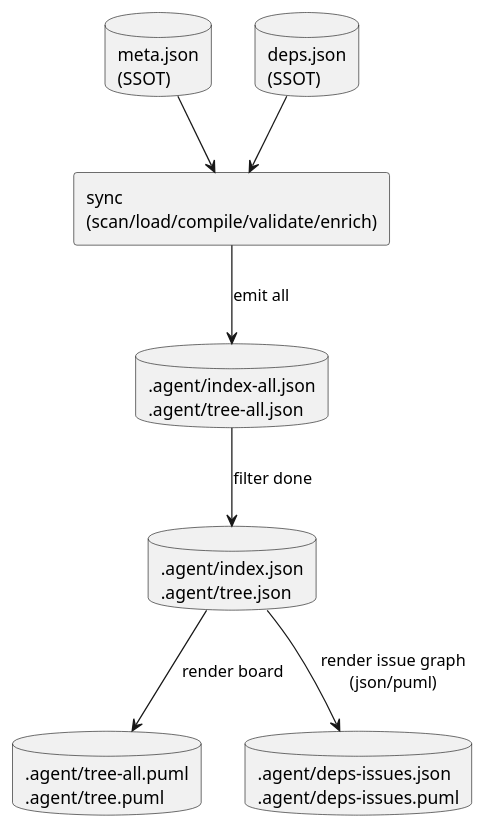
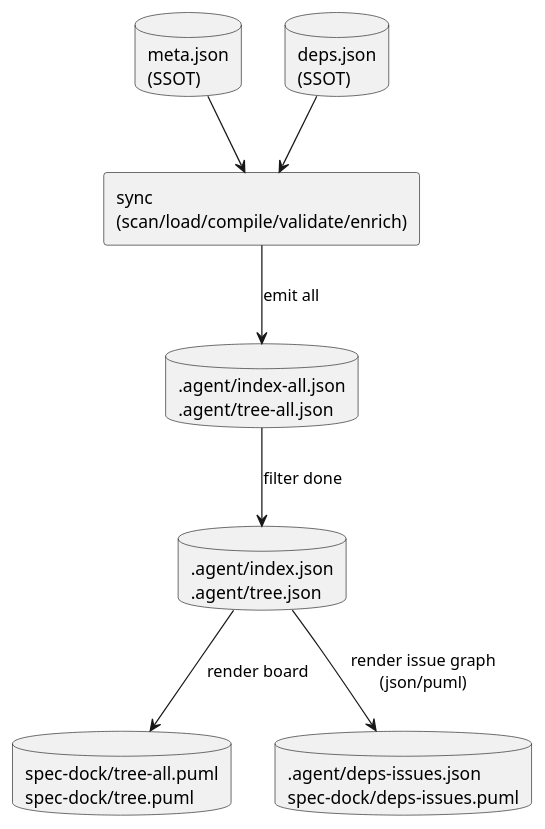
The diagram in spec-deps/current/artifacts/output-artifacts-proposal.md (chemitaro/spec-dock), drawn with PlantUML before and after one commit. The commit also changed other lines of this file and 7 other files, not shown here.

````diff
--- a/spec-deps/current/artifacts/output-artifacts-proposal.md
+++ b/spec-deps/current/artifacts/output-artifacts-proposal.md
@@ -91,20 +96,20 @@
 ```plantuml
 @startuml
 skinparam shadowing false
 
 database "meta.json\n(SSOT)" as Meta
 database "deps.json\n(SSOT)" as Deps
 rectangle "sync\n(scan/load/compile/validate/enrich)" as Sync
 database ".agent/index-all.json\n.agent/tree-all.json" as All
 database ".agent/index.json\n.agent/tree.json" as Todo
-database ".agent/tree-all.puml\n.agent/tree.puml" as TreePuml
-database ".agent/deps-issues.json\n.agent/deps-issues.puml" as DepsIssues
+database "spec-dock/tree-all.puml\nspec-dock/tree.puml" as TreePuml
+database ".agent/deps-issues.json\nspec-dock/deps-issues.puml" as DepsIssues
 
 Meta --> Sync
 Deps --> Sync
 Sync --> All : emit all
 All --> Todo : filter done
 Todo --> TreePuml : render board
 Todo --> DepsIssues : render issue graph\n(json/puml)
 @enduml
 ```
````
